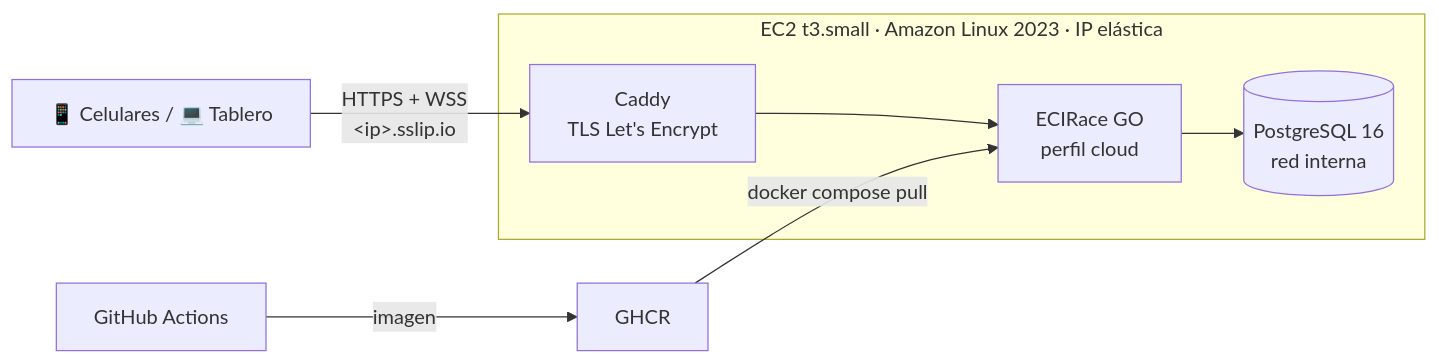
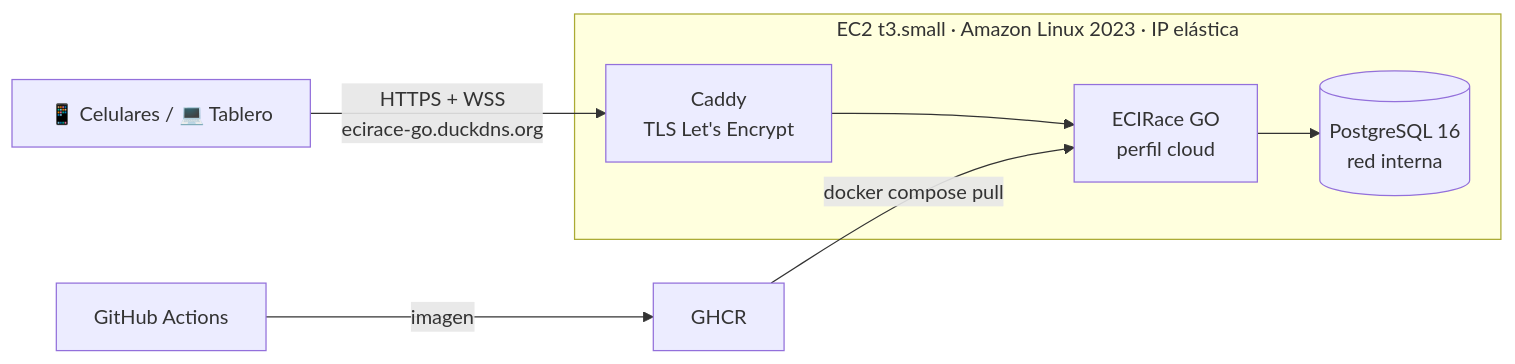
Before and after one commit to Cristian-Aristi/ECIRace_Go_The_Colombian_Race_Competence_is_Here: the second of 2 diagrams in README.md, drawn with Mermaid. The commit also changed other lines of this file, not shown here.

First line of the commit message:
README: agrego la URL pública del juego (ecirace-go.duckdns.org)

````diff
--- a/README.md
+++ b/README.md
@@ -328,9 +332,9 @@
 ```mermaid
 flowchart LR
-    U["📱 Celulares / 💻 Tablero"] -- "HTTPS + WSS<br/>&lt;ip&gt;.sslip.io" --> C
+    U["📱 Celulares / 💻 Tablero"] -- "HTTPS + WSS<br/>ecirace-go.duckdns.org" --> C
     subgraph EC2["EC2 t3.small · Amazon Linux 2023 · IP elástica"]
         C["Caddy<br/>TLS Let's Encrypt"] --> A["ECIRace GO<br/>perfil cloud"]
         A --> PG[("PostgreSQL 16<br/>red interna")]
     end
     GH["GitHub Actions"] -- imagen --> GHCR["GHCR"] -- "docker compose pull" --> A
 ```
````
